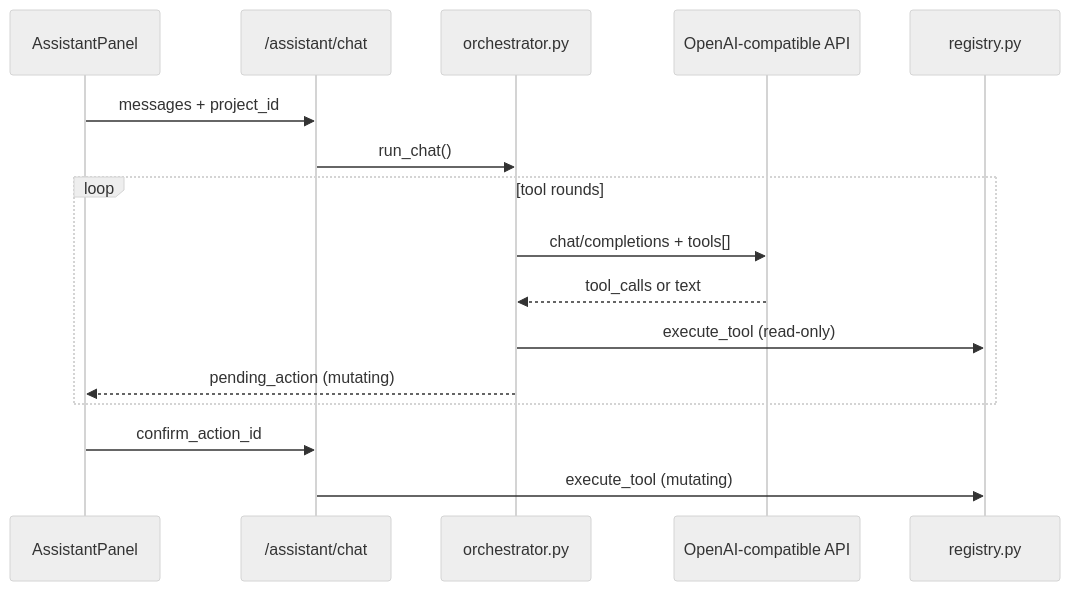
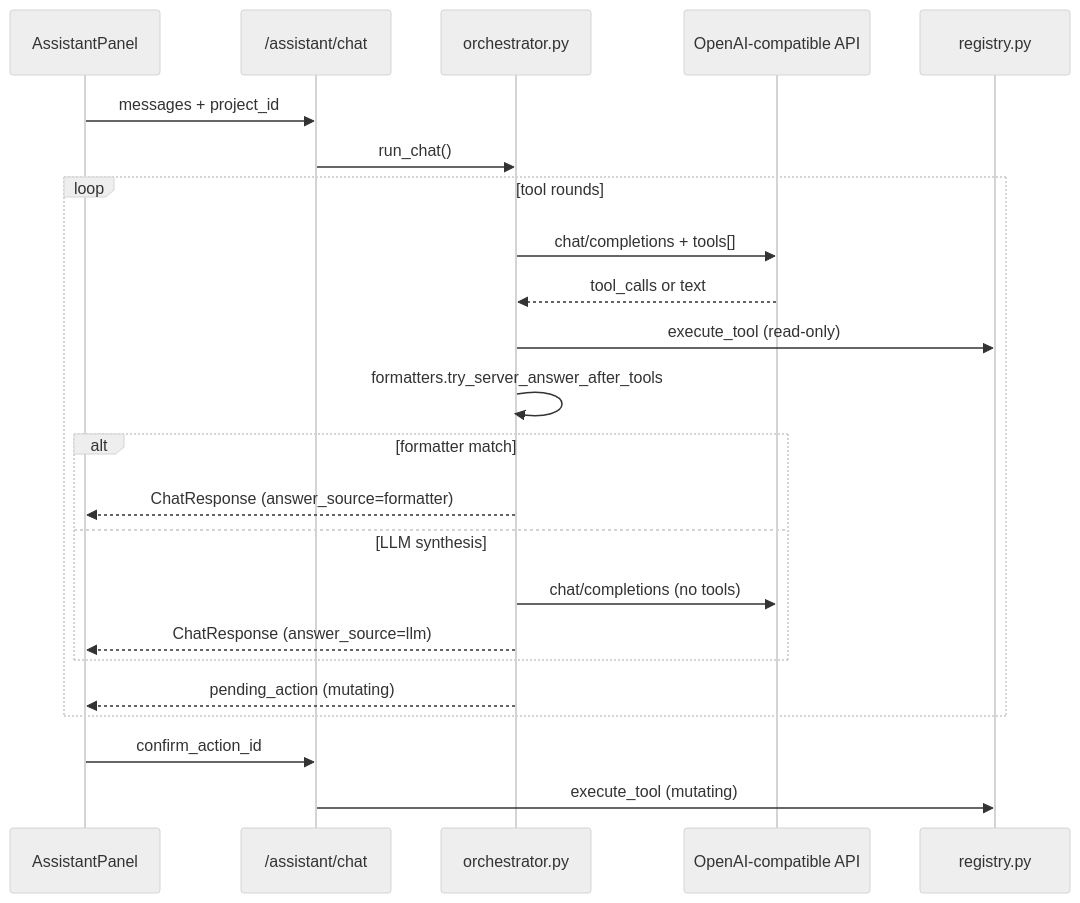
Before and after one commit to Mekcuka/Scaning: the third of 4 diagrams in docs/architecture/assistant.md, drawn with Mermaid (neutral theme). The commit also changed other lines of this file and 219 other files, not shown here.

````diff
--- a/docs/architecture/assistant.md
+++ b/docs/architecture/assistant.md
@@ -227,19 +228,26 @@
 ```mermaid
 sequenceDiagram
   participant UI as AssistantPanel
   participant API as /assistant/chat
   participant Orch as orchestrator.py
   participant LLM as OpenAI-compatible API
   participant Reg as registry.py
 
   UI->>API: messages + project_id
   API->>Orch: run_chat()
   loop tool rounds
     Orch->>LLM: chat/completions + tools[]
     LLM-->>Orch: tool_calls or text
     Orch->>Reg: execute_tool (read-only)
+    Orch->>Orch: formatters.try_server_answer_after_tools
+    alt formatter match
+      Orch-->>UI: ChatResponse (answer_source=formatter)
+    else LLM synthesis
+      Orch->>LLM: chat/completions (no tools)
+      Orch-->>UI: ChatResponse (answer_source=llm)
+    end
     Orch-->>UI: pending_action (mutating)
   end
   UI->>API: confirm_action_id
   API->>Reg: execute_tool (mutating)
 ```
````
